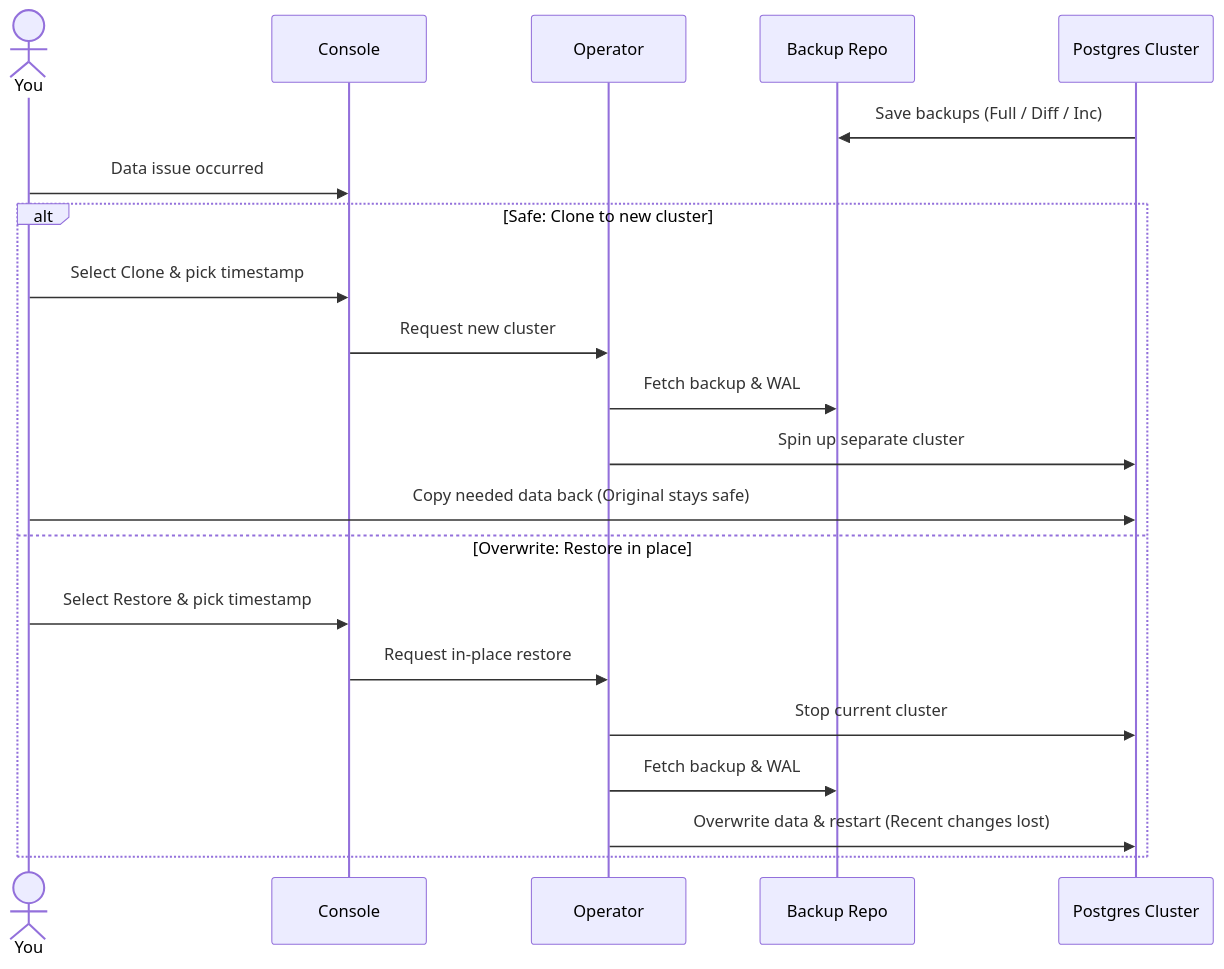
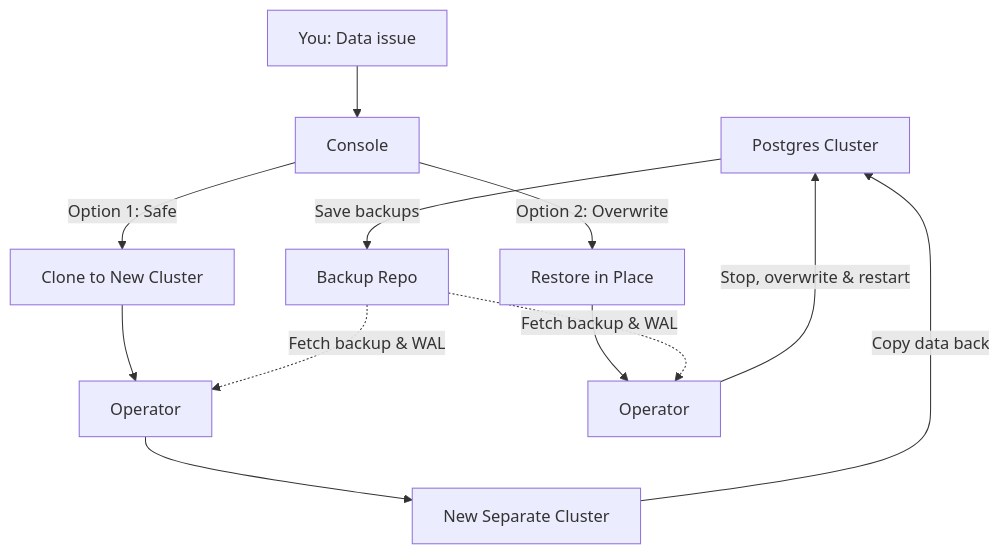
One commit to rabhinav0906/Readme-changes changed the third of 3 diagrams in console.md. Above: the diagram before and after it, drawn with Mermaid.

````diff
--- a/console.md
+++ b/console.md
@@ -1033,25 +1033,16 @@
 ```mermaid
-sequenceDiagram
-    actor U as You
-    participant C as Console
-    participant O as Operator
-    participant R as Backup Repo
-    participant P as Postgres Cluster
+flowchart TD
+    P[Postgres Cluster] -->|Save backups| R[Backup Repo]
+    U[You: Data issue] --> C[Console]
 
-    P->>R: Save backups (Full / Diff / Inc)
-    U->>C: Data issue occurred
+    C -->|Option 1: Safe| Clone[Clone to New Cluster]
+    Clone --> O1[Operator]
+    R -.->|Fetch backup & WAL| O1
+    O1 --> NewP[New Separate Cluster]
+    NewP -->|Copy data back| P
 
-    alt Safe: Clone to new cluster
-        U->>C: Select Clone & pick timestamp
-        C->>O: Request new cluster
-        O->>R: Fetch backup & WAL
-        O->>P: Spin up separate cluster
-        U->>P: Copy needed data back (Original stays safe)
-    else Overwrite: Restore in place
-        U->>C: Select Restore & pick timestamp
-        C->>O: Request in-place restore
-        O->>P: Stop current cluster
-        O->>R: Fetch backup & WAL
-        O->>P: Overwrite data & restart (Recent changes lost)
-    end
+    C -->|Option 2: Overwrite| Restore[Restore in Place]
+    Restore --> O2[Operator]
+    R -.->|Fetch backup & WAL| O2
+    O2 -->|Stop, overwrite & restart| P
 ```
````
